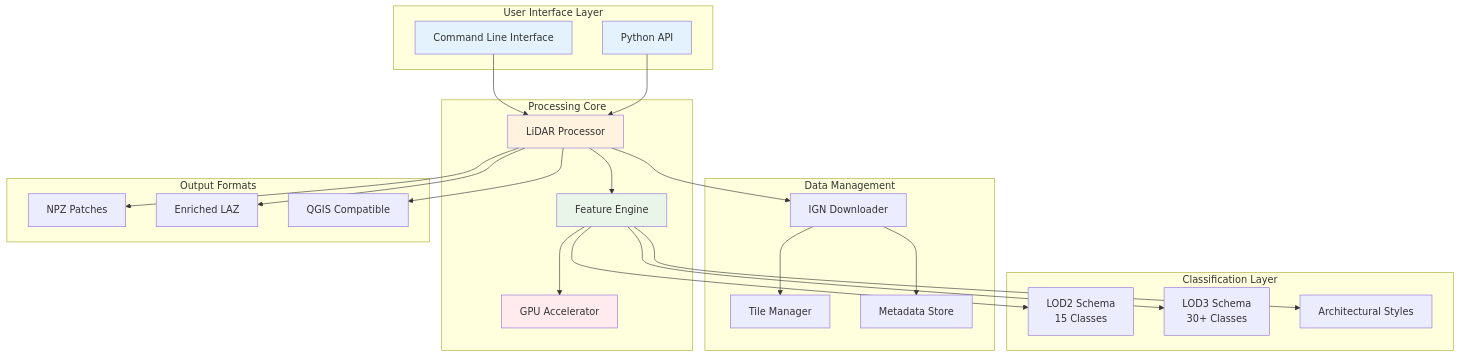
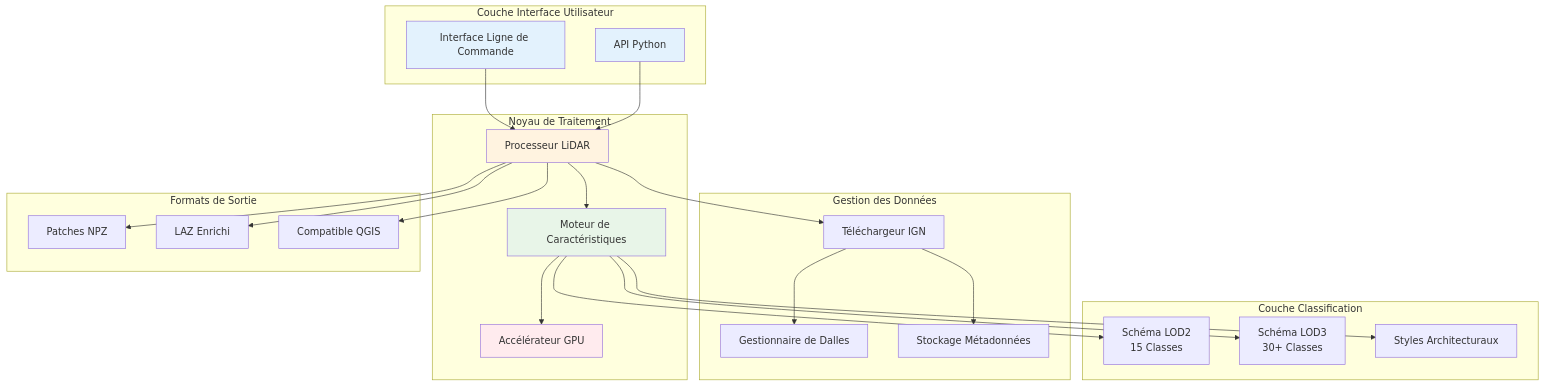
The first of 4 diagrams in website/i18n/fr/docusaurus-plugin-content-docs/current/architecture.md (sducournau/IGN_LIDAR_HD_DATASET), drawn with Mermaid before and after one commit. The commit also changed other lines of this file and 17 other files, not shown here.

First line of the commit message:
v1.6.2: Fix GPU feature formulas, add robust computation & bilingual docs

````diff
--- a/website/i18n/fr/docusaurus-plugin-content-docs/current/architecture.md
+++ b/website/i18n/fr/docusaurus-plugin-content-docs/current/architecture.md
@@ -11,51 +11,51 @@
 ```mermaid
 graph TB
-    subgraph "User Interface Layer"
-        CLI[Command Line Interface]
-        API[Python API]
+    subgraph "Couche Interface Utilisateur"
+        CLI[Interface Ligne de Commande]
+        API[API Python]
     end
 
-    subgraph "Processing Core"
-        PROC[LiDAR Processor]
-        FEAT[Feature Engine]
-        GPU[GPU Accelerator]
+    subgraph "Noyau de Traitement"
+        PROC[Processeur LiDAR]
+        FEAT[Moteur de Caractéristiques]
+        GPU[Accélérateur GPU]
     end
 
-    subgraph "Data Management"
-        DOWN[IGN Downloader]
-        TILE[Tile Manager]
-        META[Metadata Store]
+    subgraph "Gestion des Données"
+        DOWN[Téléchargeur IGN]
+        TILE[Gestionnaire de Dalles]
+        META[Stockage Métadonnées]
     end
 
-    subgraph "Classification Layer"
-        LOD2[LOD2 Schema<br/>15 Classes]
-        LOD3[LOD3 Schema<br/>30+ Classes]
-        ARCH[Architectural Styles]
+    subgraph "Couche Classification"
+        LOD2[Schéma LOD2<br/>15 Classes]
+        LOD3[Schéma LOD3<br/>30+ Classes]
+        ARCH[Styles Architecturaux]
     end
 
-    subgraph "Output Formats"
-        NPZ[NPZ Patches]
-        LAZ[Enriched LAZ]
-        QGIS[QGIS Compatible]
+    subgraph "Formats de Sortie"
+        NPZ[Patches NPZ]
+        LAZ[LAZ Enrichi]
+        QGIS[Compatible QGIS]
     end
 
     CLI --> PROC
     API --> PROC
     PROC --> FEAT
     PROC --> DOWN
     FEAT --> GPU
     FEAT --> LOD2
     FEAT --> LOD3
     FEAT --> ARCH
     DOWN --> TILE
     DOWN --> META
     PROC --> NPZ
     PROC --> LAZ
     PROC --> QGIS
 
     style CLI fill:#e3f2fd
     style API fill:#e3f2fd
     style PROC fill:#fff3e0
     style FEAT fill:#e8f5e8
     style GPU fill:#ffebee
 ```
````
